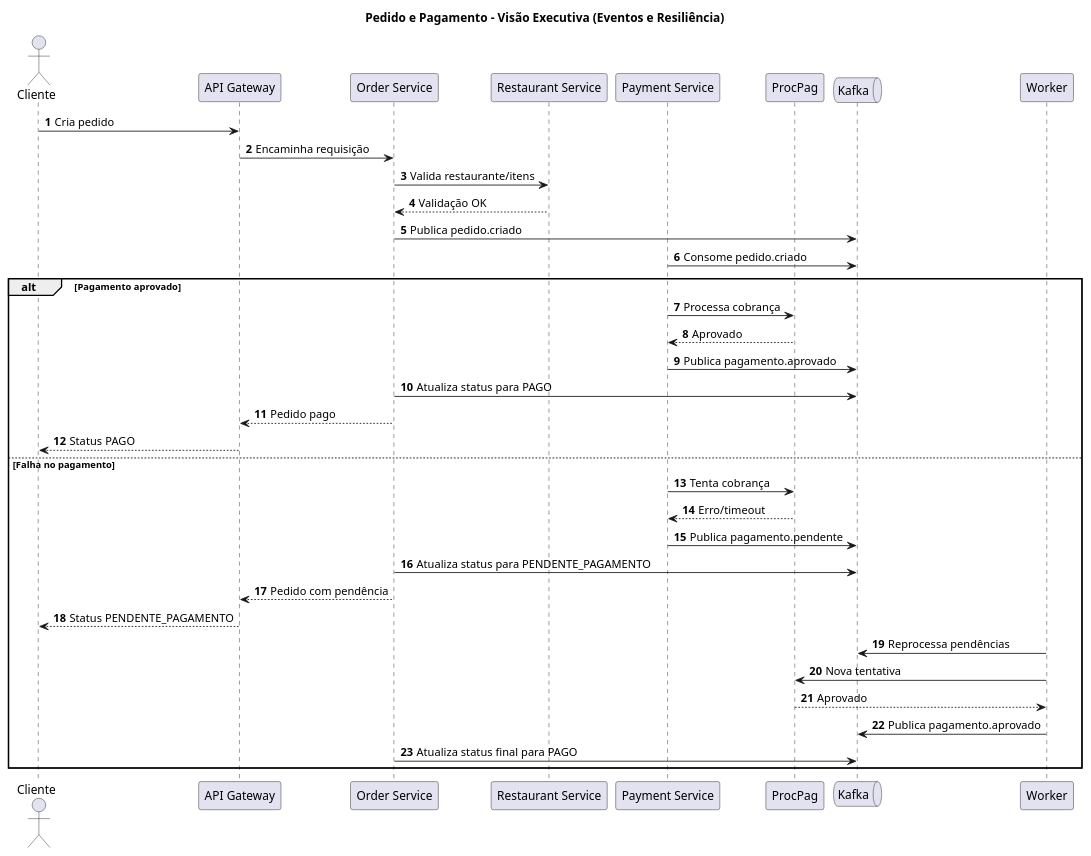
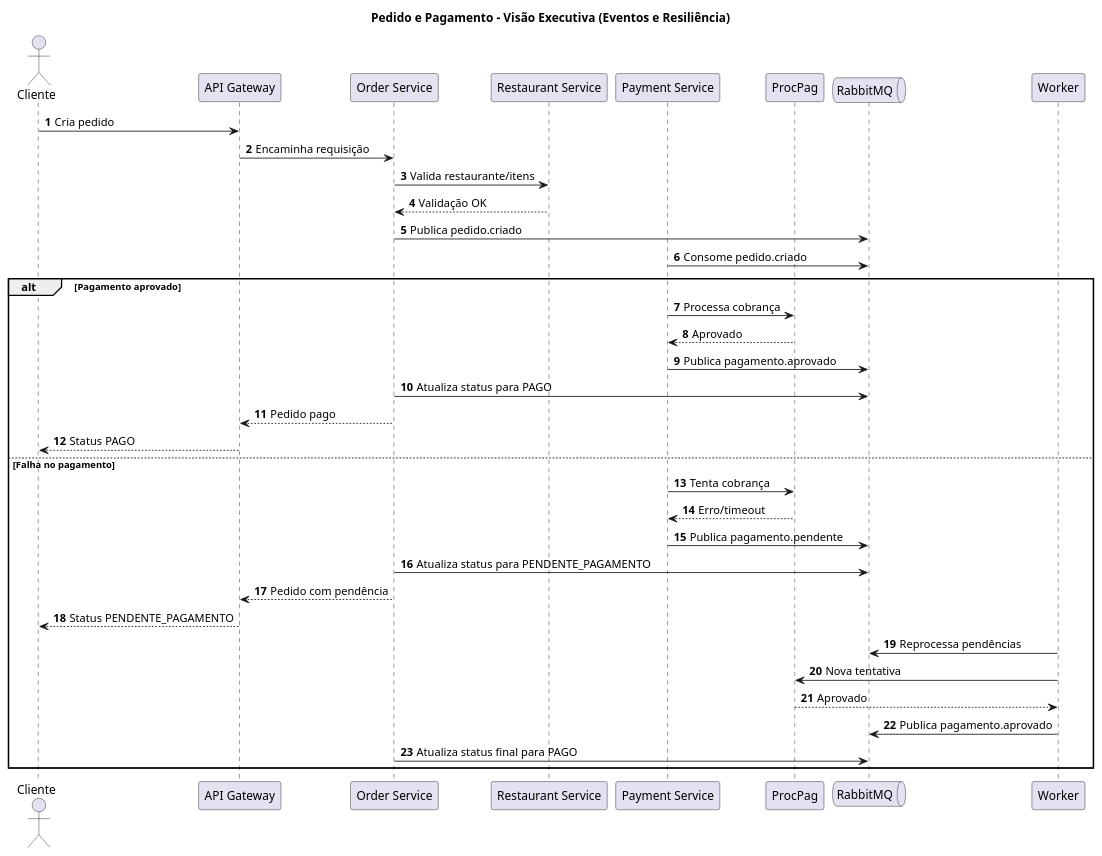
Before and after one commit to eps364/tech-challenge-fase-03: the diagram in docs/diagrams/arquitetura-sequencia-pedido-pagamento-executivo.puml, drawn with PlantUML. The commit also changed 4 other files, not shown here.

First line of the commit message:
docs(diagrams): fix Kafka->RabbitMQ, Keycloak port and add Redis blacklist flow

```diff
--- a/docs/diagrams/arquitetura-sequencia-pedido-pagamento-executivo.puml
+++ b/docs/diagrams/arquitetura-sequencia-pedido-pagamento-executivo.puml
@@ -1,43 +1,43 @@
 @startuml
 title Pedido e Pagamento - Visão Executiva (Eventos e Resiliência)
 
 autonumber
 actor Cliente
 participant "API Gateway" as APIGW
 participant "Order Service" as ORDER
 participant "Restaurant Service" as REST
 participant "Payment Service" as PAY
 participant "ProcPag" as PROCPAG
-queue "Kafka" as KAFKA
+queue "RabbitMQ" as BROKER
 participant "Worker" as WORKER
 
 Cliente -> APIGW: Cria pedido
 APIGW -> ORDER: Encaminha requisição
 ORDER -> REST: Valida restaurante/itens
 REST --> ORDER: Validação OK
-ORDER -> KAFKA: Publica pedido.criado
-PAY -> KAFKA: Consome pedido.criado
+ORDER -> BROKER: Publica pedido.criado
+PAY -> BROKER: Consome pedido.criado
 
 alt Pagamento aprovado
 	PAY -> PROCPAG: Processa cobrança
 	PROCPAG --> PAY: Aprovado
-	PAY -> KAFKA: Publica pagamento.aprovado
-	ORDER -> KAFKA: Atualiza status para PAGO
+	PAY -> BROKER: Publica pagamento.aprovado
+	ORDER -> BROKER: Atualiza status para PAGO
 	ORDER --> APIGW: Pedido pago
 	APIGW --> Cliente: Status PAGO
 else Falha no pagamento
 	PAY -> PROCPAG: Tenta cobrança
 	PROCPAG --> PAY: Erro/timeout
-	PAY -> KAFKA: Publica pagamento.pendente
-	ORDER -> KAFKA: Atualiza status para PENDENTE_PAGAMENTO
+	PAY -> BROKER: Publica pagamento.pendente
+	ORDER -> BROKER: Atualiza status para PENDENTE_PAGAMENTO
 	ORDER --> APIGW: Pedido com pendência
 	APIGW --> Cliente: Status PENDENTE_PAGAMENTO
 
-	WORKER -> KAFKA: Reprocessa pendências
+	WORKER -> BROKER: Reprocessa pendências
 	WORKER -> PROCPAG: Nova tentativa
 	PROCPAG --> WORKER: Aprovado
-	WORKER -> KAFKA: Publica pagamento.aprovado
-	ORDER -> KAFKA: Atualiza status final para PAGO
+	WORKER -> BROKER: Publica pagamento.aprovado
+	ORDER -> BROKER: Atualiza status final para PAGO
 end
 
 @enduml
```
